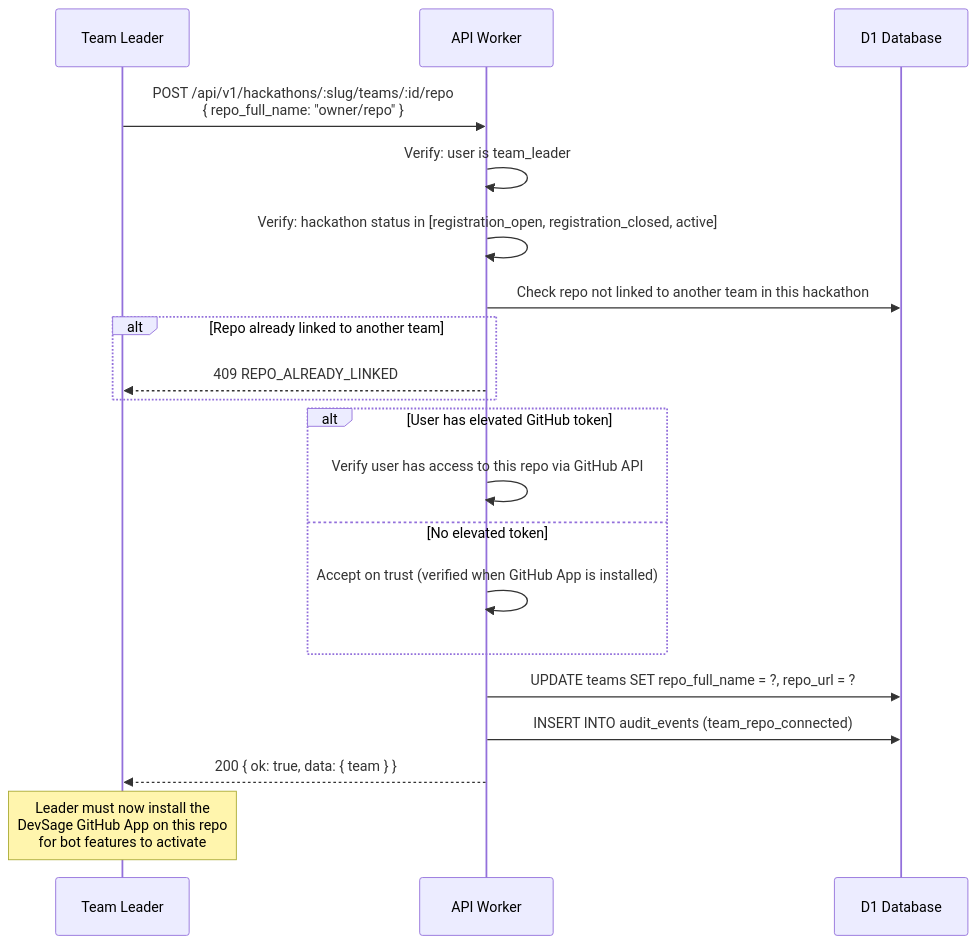
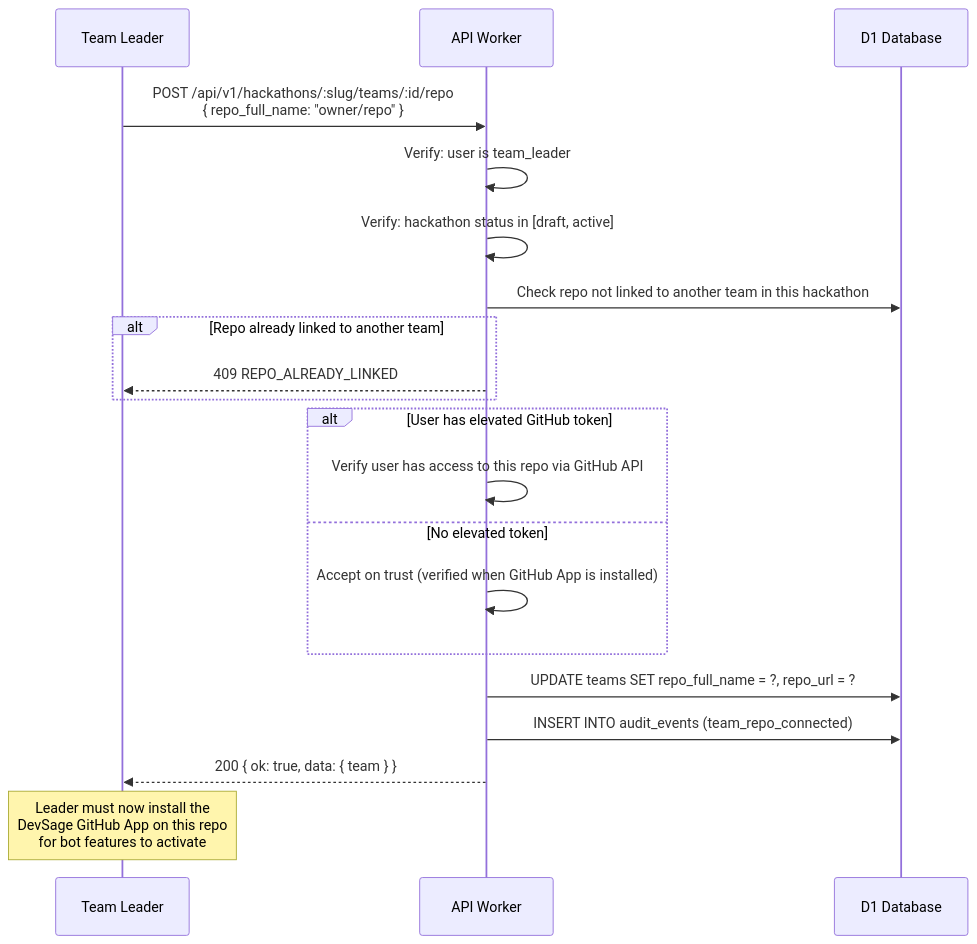
Before and after one commit to devangshupandey2025-stack/DevSage: the fifth of 11 diagrams in docs/v3/planned/team-management.md, drawn with Mermaid. The commit also changed other lines of this file, not shown here.

````diff
--- a/docs/v3/planned/team-management.md
+++ b/docs/v3/planned/team-management.md
@@ -312,27 +206,27 @@
 ```mermaid
 sequenceDiagram
     participant L as Team Leader
     participant W as API Worker
     participant D1 as D1 Database
 
     L->>W: POST /api/v1/hackathons/:slug/teams/:id/repo<br/>{ repo_full_name: "owner/repo" }
     W->>W: Verify: user is team_leader
-    W->>W: Verify: hackathon status in [registration_open, registration_closed, active]
+    W->>W: Verify: hackathon status in [draft, active]
     W->>D1: Check repo not linked to another team in this hackathon
 
     alt Repo already linked to another team
         W-->>L: 409 REPO_ALREADY_LINKED
     end
 
     alt User has elevated GitHub token
         W->>W: Verify user has access to this repo via GitHub API
     else No elevated token
         W->>W: Accept on trust (verified when GitHub App is installed)
     end
 
     W->>D1: UPDATE teams SET repo_full_name = ?, repo_url = ?
     W->>D1: INSERT INTO audit_events (team_repo_connected)
     W-->>L: 200 { ok: true, data: { team } }
 
     Note over L: Leader must now install the<br/>DevSage GitHub App on this repo<br/>for bot features to activate
 ```
````
